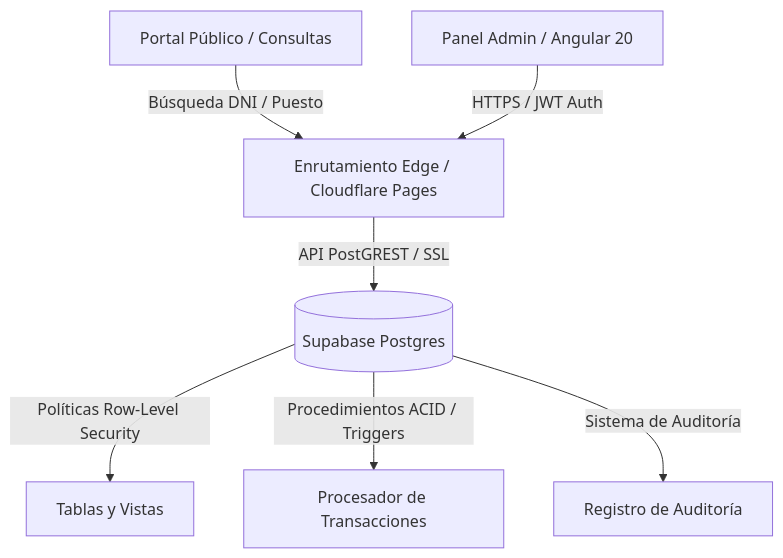
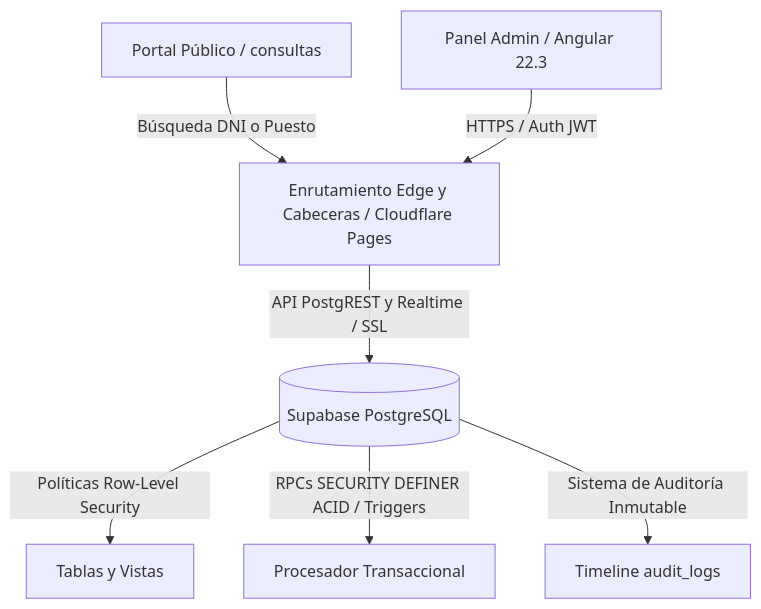
The diagram in README.es.md (omparedes/SistemaCooperativa), drawn with Mermaid before and after one commit. The commit also changed other lines of this file and 14 other files, not shown here.

````diff
--- a/README.es.md
+++ b/README.es.md
@@ -18,9 +18,9 @@
 ```mermaid
 graph TD
-    A[Portal Público / Consultas] -->|Búsqueda DNI / Puesto| B[Enrutamiento Edge / Cloudflare Pages]
-    C[Panel Admin / Angular 20] -->|HTTPS / JWT Auth| B
-    B -->|API PostGREST / SSL| D[(Supabase Postgres)]
+    A[Portal Público / consultas] -->|Búsqueda DNI o Puesto| B[Enrutamiento Edge y Cabeceras / Cloudflare Pages]
+    C[Panel Admin / Angular 22.3] -->|HTTPS / Auth JWT| B
+    B -->|API PostgREST y Realtime / SSL| D[(Supabase PostgreSQL)]
     D -->|Políticas Row-Level Security| E[Tablas y Vistas]
-    D -->|Procedimientos ACID / Triggers| F[Procesador de Transacciones]
-    D -->|Sistema de Auditoría| G[Registro de Auditoría]
+    D -->|RPCs SECURITY DEFINER ACID / Triggers| F[Procesador Transaccional]
+    D -->|Sistema de Auditoría Inmutable| G[Timeline audit_logs]
 ```
````
